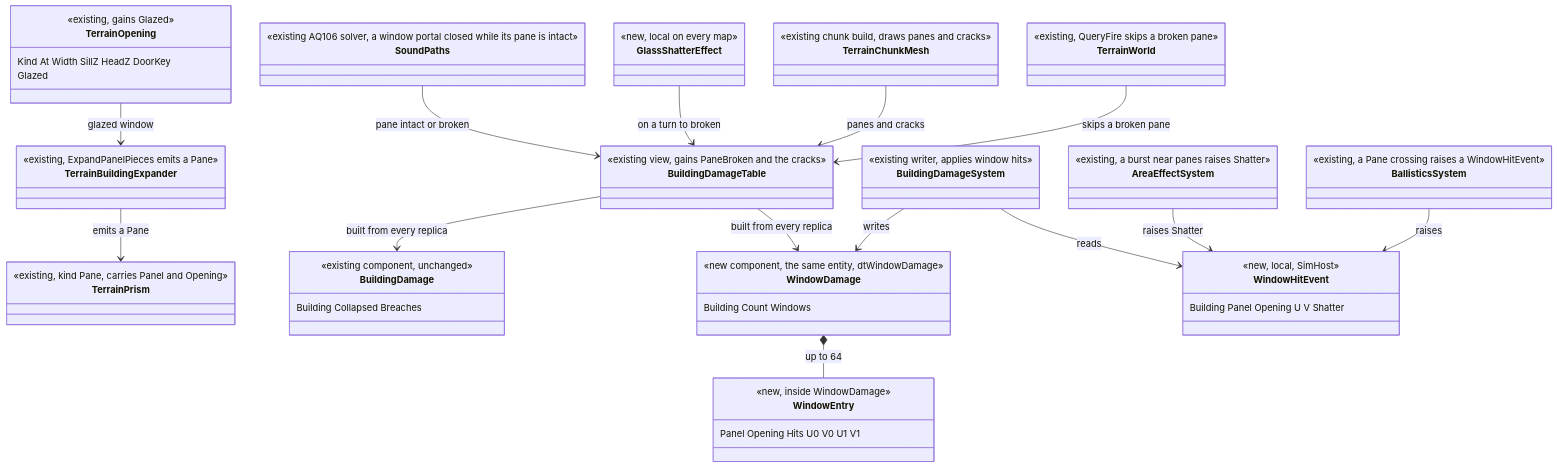
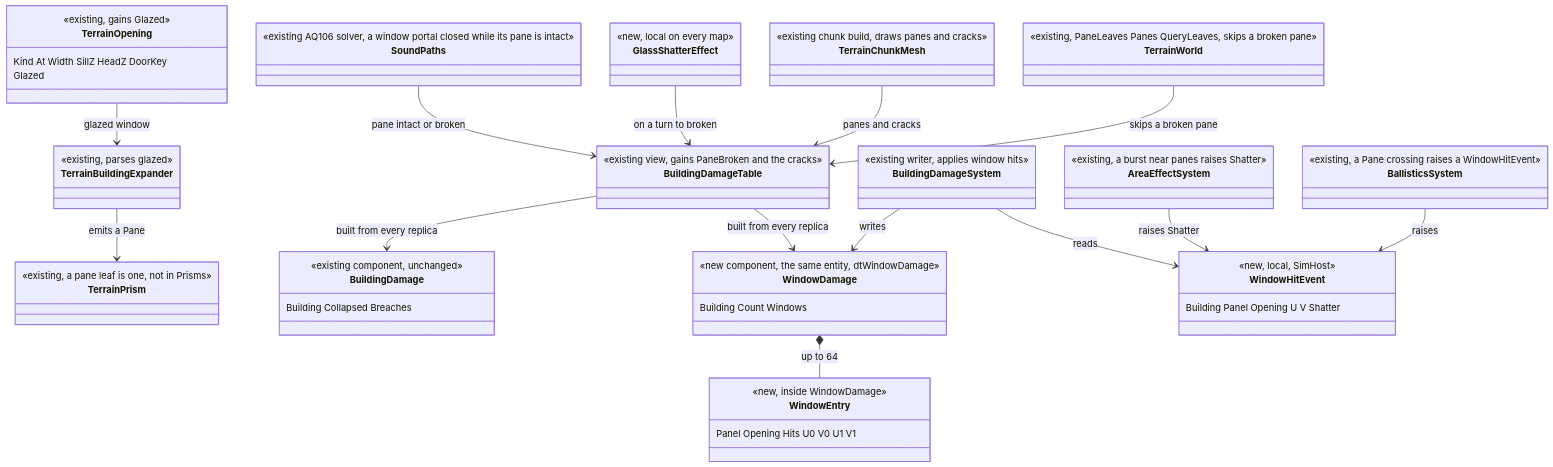
One commit to pjanec/HROT changed the first of 3 diagrams in docs/DESIGN_Glass_Windows.md. Above: the diagram before and after it, drawn with Mermaid. The commit also changed other lines of this file and 10 other files, not shown here.

First line of the commit message:
CE-5032 GW-1: glass pane in glazed windows (a query leaf, not a prism)

````diff
--- a/docs/DESIGN_Glass_Windows.md
+++ b/docs/DESIGN_Glass_Windows.md
@@ -79,67 +79,67 @@
 ```mermaid
 classDiagram
   class TerrainOpening {
     <<existing, gains Glazed>>
     Kind At Width SillZ HeadZ DoorKey
     Glazed
   }
   class TerrainBuildingExpander {
-    <<existing, ExpandPanelPieces emits a Pane>>
+    <<existing, parses glazed>>
   }
   class TerrainPrism {
-    <<existing, kind Pane, carries Panel and Opening>>
+    <<existing, a pane leaf is one, not in Prisms>>
   }
   class BuildingDamage {
     <<existing component, unchanged>>
     Building Collapsed Breaches
   }
   class WindowDamage {
     <<new component, the same entity, dtWindowDamage>>
     Building Count Windows
   }
   class WindowEntry {
     <<new, inside WindowDamage>>
     Panel Opening Hits U0 V0 U1 V1
   }
   class WindowHitEvent {
     <<new, local, SimHost>>
     Building Panel Opening U V Shatter
   }
   class BallisticsSystem {
     <<existing, a Pane crossing raises a WindowHitEvent>>
   }
   class AreaEffectSystem {
     <<existing, a burst near panes raises Shatter>>
   }
   class BuildingDamageSystem {
     <<existing writer, applies window hits>>
   }
   class BuildingDamageTable {
     <<existing view, gains PaneBroken and the cracks>>
   }
   class TerrainWorld {
-    <<existing, QueryFire skips a broken pane>>
+    <<existing, PaneLeaves Panes QueryLeaves, skips a broken pane>>
   }
   class TerrainChunkMesh {
     <<existing chunk build, draws panes and cracks>>
   }
   class GlassShatterEffect {
     <<new, local on every map>>
   }
   class SoundPaths {
     <<existing AQ106 solver, a window portal closed while its pane is intact>>
   }
   TerrainOpening --> TerrainBuildingExpander : glazed window
   TerrainBuildingExpander --> TerrainPrism : emits a Pane
   BallisticsSystem --> WindowHitEvent : raises
   AreaEffectSystem --> WindowHitEvent : raises Shatter
   BuildingDamageSystem --> WindowHitEvent : reads
   BuildingDamageSystem --> WindowDamage : writes
   WindowDamage *-- WindowEntry : up to 64
   BuildingDamageTable --> BuildingDamage : built from every replica
   BuildingDamageTable --> WindowDamage : built from every replica
   TerrainWorld --> BuildingDamageTable : skips a broken pane
   TerrainChunkMesh --> BuildingDamageTable : panes and cracks
   GlassShatterEffect --> BuildingDamageTable : on a turn to broken
   SoundPaths --> BuildingDamageTable : pane intact or broken
 ```
````
